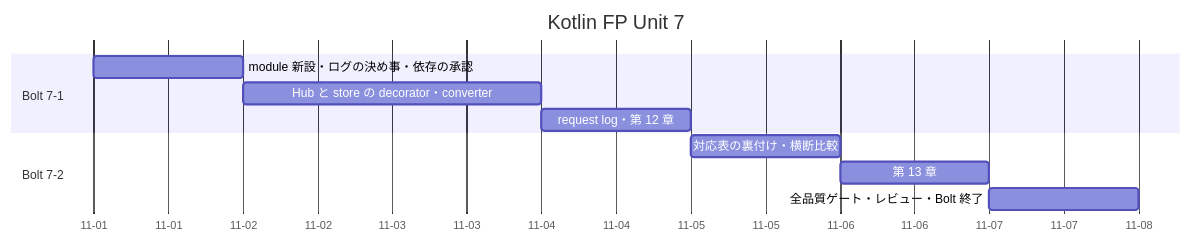
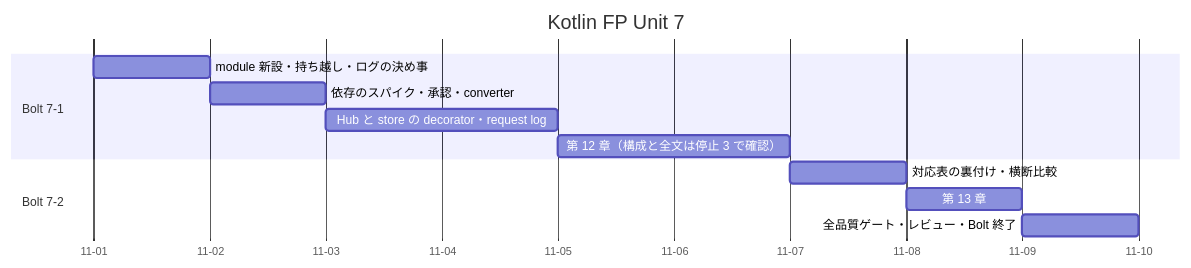
One commit to k2works/from-objects-to-functions-excersice changed the diagram in docs/development/iteration_plan-kotlin-fp-7.md. Above: the diagram before and after it, drawn with Mermaid. The commit also changed other lines of this file and 2 other files, not shown here.

````diff
--- a/docs/development/iteration_plan-kotlin-fp-7.md
+++ b/docs/development/iteration_plan-kotlin-fp-7.md
@@ -131,14 +163,15 @@
 ```mermaid
 gantt
     title Kotlin FP Unit 7
     dateFormat  YYYY-MM-DD
     axisFormat  %m-%d
     section Bolt 7-1
-    module 新設・ログの決め事・依存の承認       :a1, 2026-11-01, 1d
-    Hub と store の decorator・converter        :a2, after a1, 2d
-    request log・第 12 章                       :a3, after a2, 1d
+    module 新設・持ち越し・ログの決め事         :a1, 2026-11-01, 1d
+    依存のスパイク・承認・converter             :a2, after a1, 1d
+    Hub と store の decorator・request log      :a3, after a2, 2d
+    第 12 章（構成と全文は停止 3 で確認）       :a4, after a3, 2d
     section Bolt 7-2
-    対応表の裏付け・横断比較                   :b1, after a3, 1d
+    対応表の裏付け・横断比較                   :b1, after a4, 1d
     第 13 章                                   :b2, after b1, 1d
     全品質ゲート・レビュー・Bolt 終了           :b3, after b2, 1d
 ```
````
